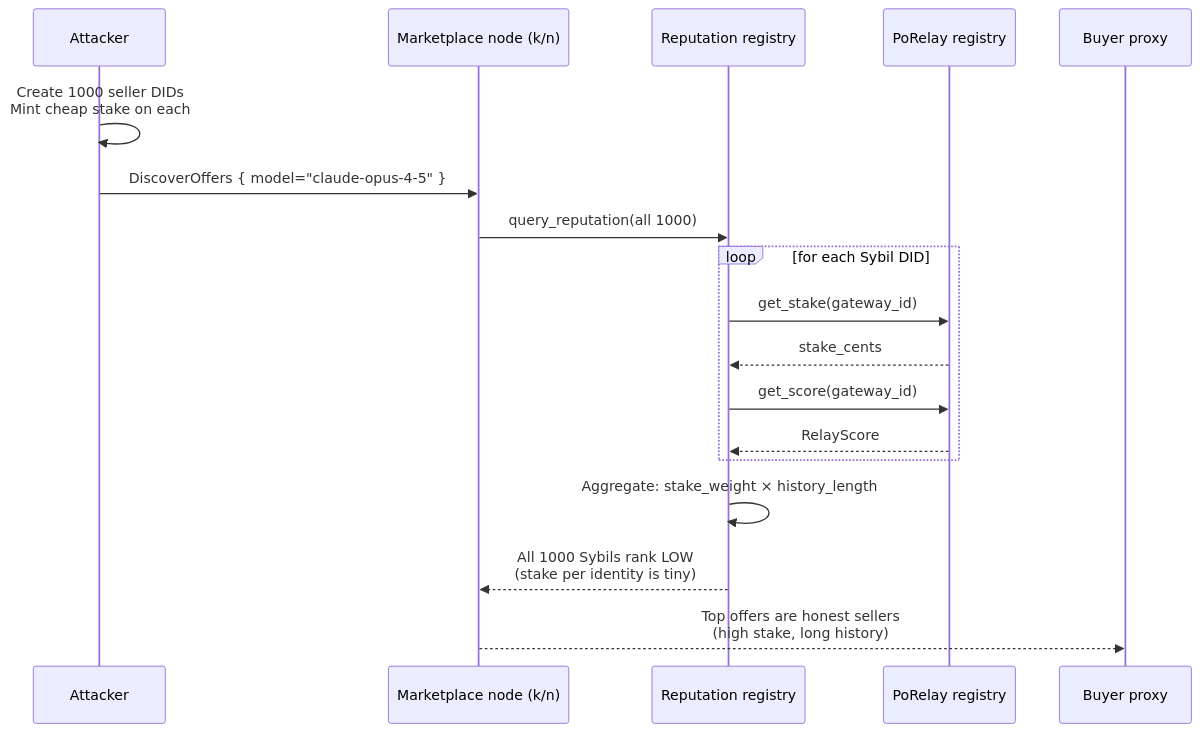
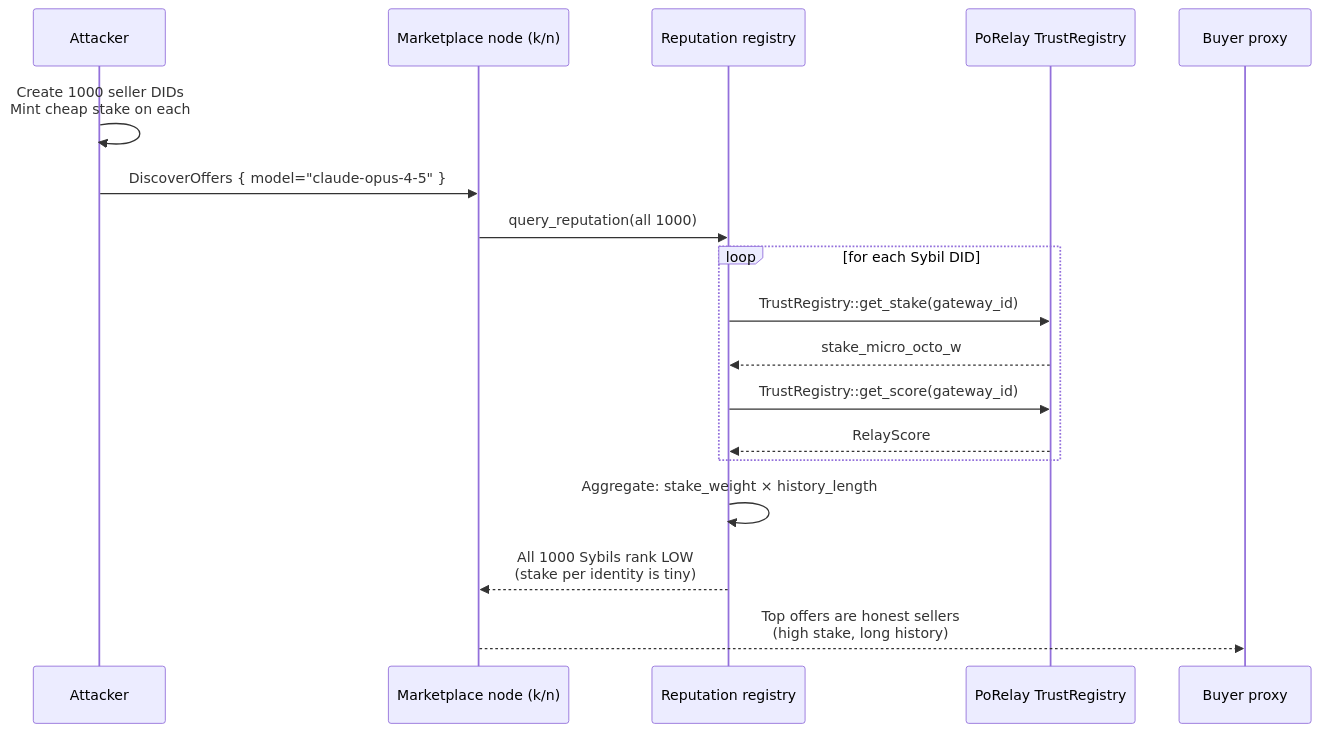
Diagram 14 of 14 in docs/architecture/end-to-end-scenarios.md (CipherOcto/cipherocto), drawn with Mermaid before and after one commit. The commit also changed other lines of this file, not shown here.

First line of the commit message:
docs(architecture): round 8 review fixes (cents→micro_octo_w, TrustRegistry, MaxPerTx tuple, markdown)

````diff
--- a/docs/architecture/end-to-end-scenarios.md
+++ b/docs/architecture/end-to-end-scenarios.md
@@ -618,21 +618,21 @@
 ```mermaid
 sequenceDiagram
     participant A as Attacker
     participant MK as Marketplace node (k/n)
     participant RR as Reputation registry
-    participant ST as PoRelay registry
+    participant ST as PoRelay TrustRegistry
     participant P0 as Buyer proxy
 
     A->>A: Create 1000 seller DIDs<br/>Mint cheap stake on each
     A->>MK: DiscoverOffers { model="claude-opus-4-5" }
     MK->>RR: query_reputation(all 1000)
     loop for each Sybil DID
-        RR->>ST: get_stake(gateway_id)
-        ST-->>RR: stake_cents
-        RR->>ST: get_score(gateway_id)
+        RR->>ST: TrustRegistry::get_stake(gateway_id)
+        ST-->>RR: stake_micro_octo_w
+        RR->>ST: TrustRegistry::get_score(gateway_id)
         ST-->>RR: RelayScore
     end
     RR->>RR: Aggregate: stake_weight × history_length
     RR-->>MK: All 1000 Sybils rank LOW<br/>(stake per identity is tiny)
     MK-->>P0: Top offers are honest sellers<br/>(high stake, long history)
 ```
````
